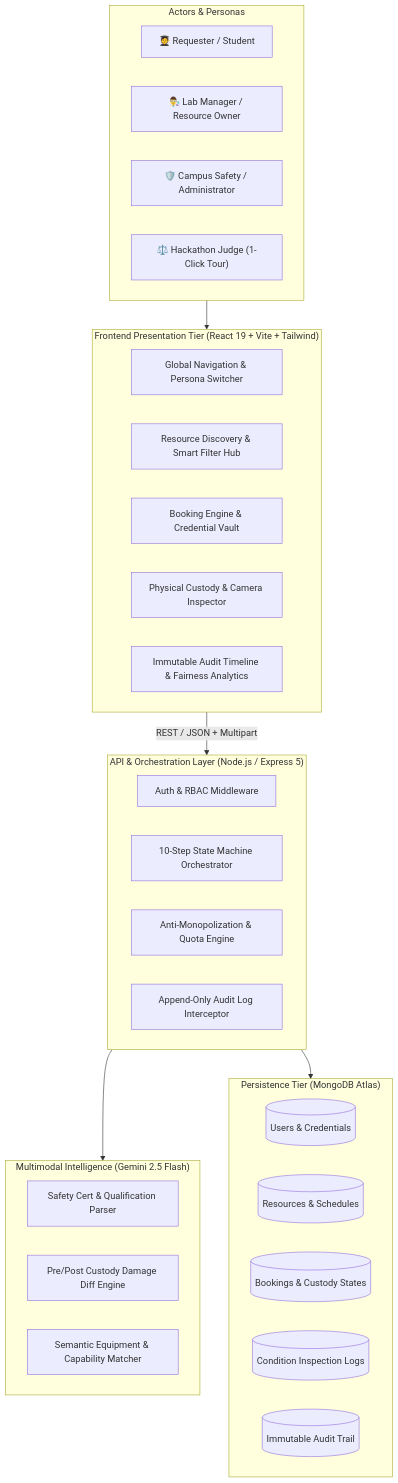
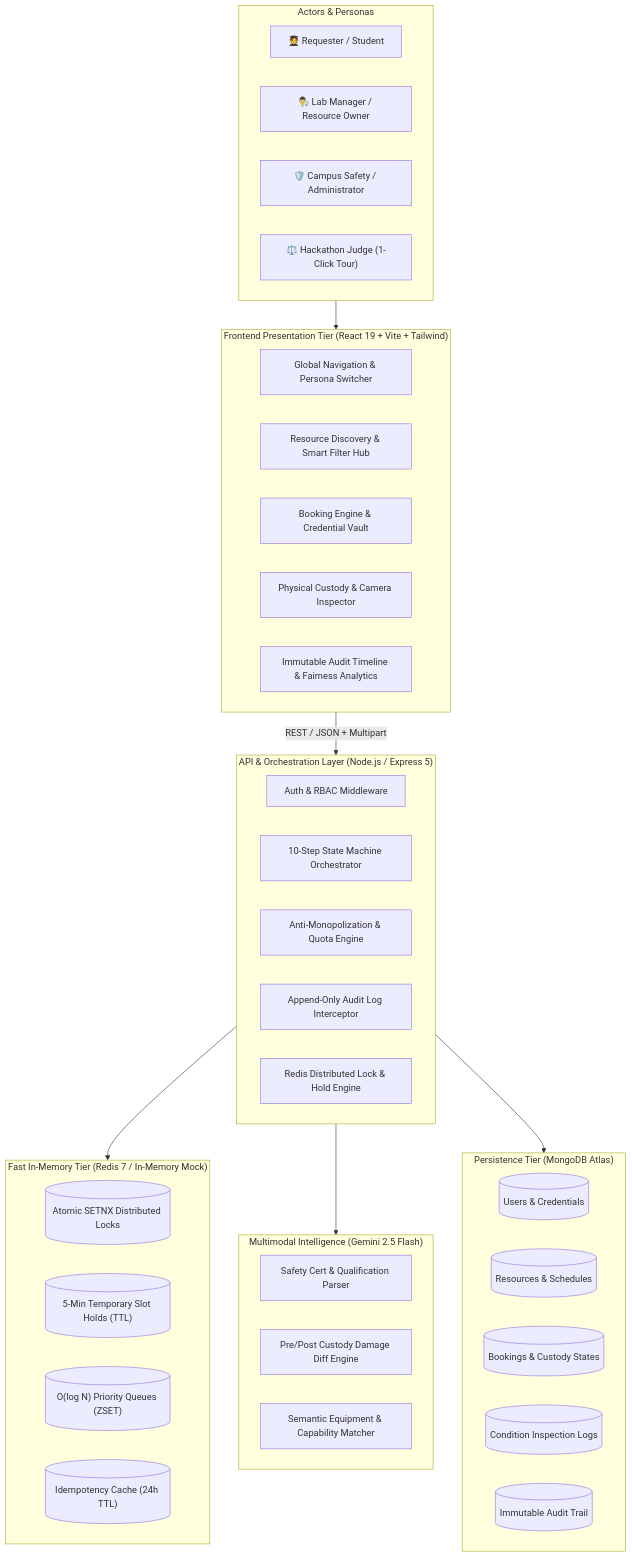
The first of 4 diagrams in OpenLabs/docs/01_system_architecture_and_design.md (rot44/OpenLabs), drawn with Mermaid before and after one commit. The commit also changed 1 other file, not shown here.

Commit message:
docs(arch): update distributed systems design with redis concurrency tier and member plans

````diff
--- a/OpenLabs/docs/01_system_architecture_and_design.md
+++ b/OpenLabs/docs/01_system_architecture_and_design.md
@@ -12,43 +12,52 @@
 ```mermaid
 flowchart TB
     subgraph Users ["Actors & Personas"]
         R["🧑‍🎓 Requester / Student"]
         O["👨‍🔬 Lab Manager / Resource Owner"]
         A["🛡️ Campus Safety / Administrator"]
         J["⚖️ Hackathon Judge (1-Click Tour)"]
     end
 
     subgraph Client ["Frontend Presentation Tier (React 19 + Vite + Tailwind)"]
         UI_Nav["Global Navigation & Persona Switcher"]
         UI_Cat["Resource Discovery & Smart Filter Hub"]
         UI_Book["Booking Engine & Credential Vault"]
         UI_Insp["Physical Custody & Camera Inspector"]
         UI_Audit["Immutable Audit Timeline & Fairness Analytics"]
     end
 
     subgraph Gateway ["API & Orchestration Layer (Node.js / Express 5)"]
         AuthMid["Auth & RBAC Middleware"]
         StateEngine["10-Step State Machine Orchestrator"]
         QuotaEngine["Anti-Monopolization & Quota Engine"]
         AuditMid["Append-Only Audit Log Interceptor"]
+        LockEngine["Redis Distributed Lock & Hold Engine"]
+    end
+
+    subgraph Memory_Tier ["Fast In-Memory Tier (Redis 7 / In-Memory Mock)"]
+        Redis_Lock[("Atomic SETNX Distributed Locks")]
+        Redis_Hold[("5-Min Temporary Slot Holds (TTL)")]
+        Redis_Waitlist[("O(log N) Priority Queues (ZSET)")]
+        Redis_Idemp[("Idempotency Cache (24h TTL)")]
     end
 
     subgraph AI_Core ["Multimodal Intelligence (Gemini 2.5 Flash)"]
         OCR_Cert["Safety Cert & Qualification Parser"]
         Vision_Diff["Pre/Post Custody Damage Diff Engine"]
         NLP_Search["Semantic Equipment & Capability Matcher"]
     end
 
     subgraph Data_Tier ["Persistence Tier (MongoDB Atlas)"]
         Col_Users[("Users & Credentials")]
         Col_Res[("Resources & Schedules")]
         Col_Book[("Bookings & Custody States")]
         Col_Insp[("Condition Inspection Logs")]
         Col_Audit[("Immutable Audit Trail")]
     end
 
     Users --> Client
     Client -->|REST / JSON + Multipart| Gateway
+    Gateway --> Memory_Tier
     Gateway --> AI_Core
     Gateway --> Data_Tier
 ```
````
